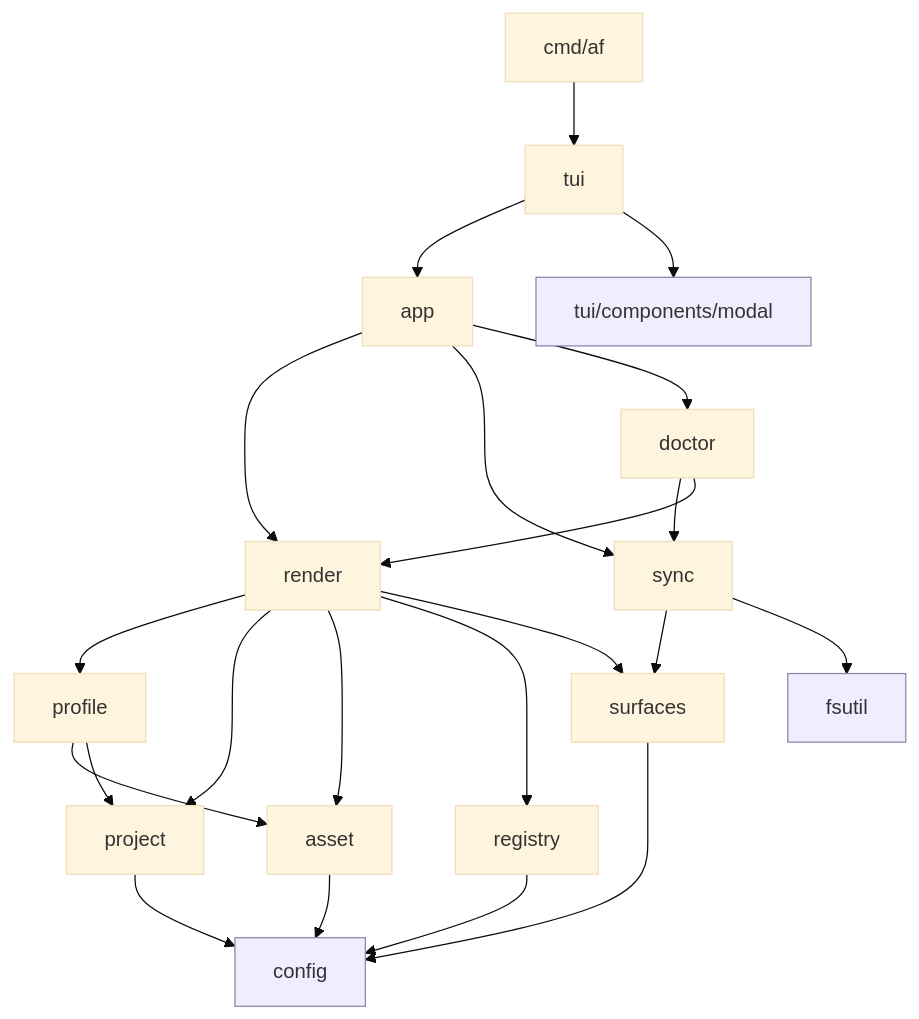
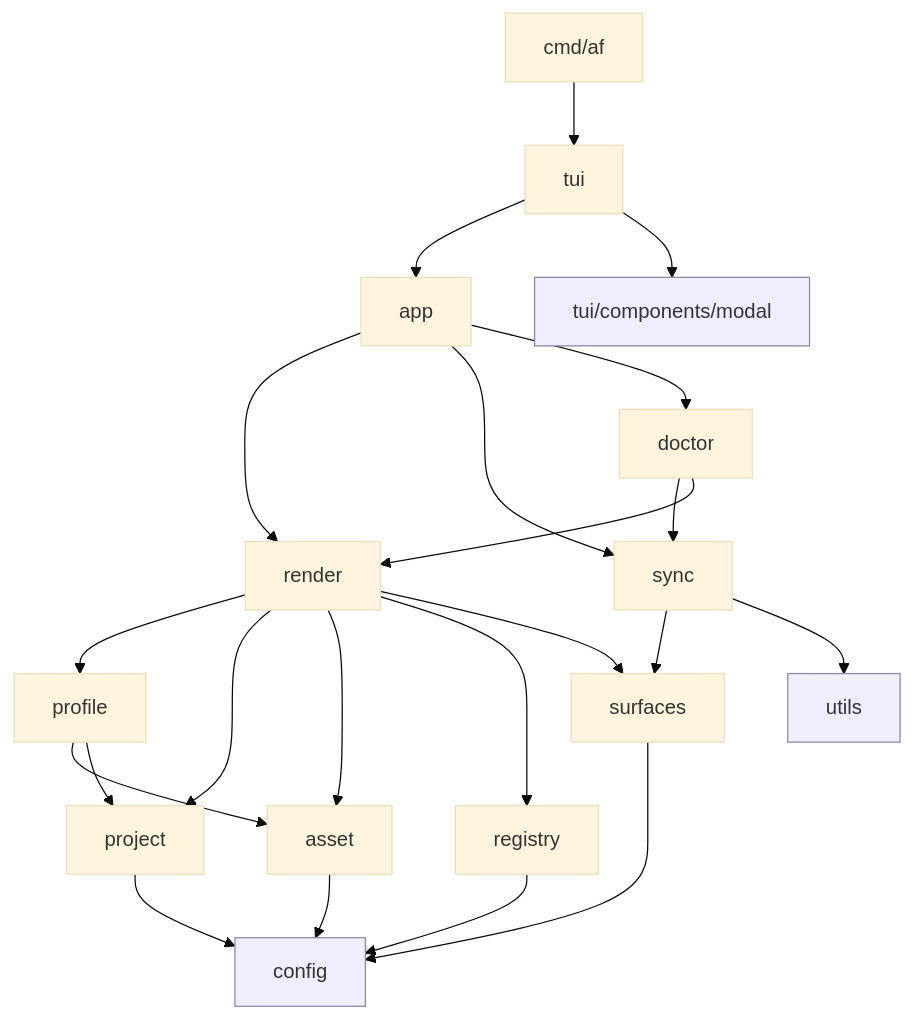
Before and after one commit to Hexworks/agentfiles: the diagram in docs/architecture/05-building-block-view.md, drawn with Mermaid (base theme). The commit also changed other lines of this file and 29 other files, not shown here.

````diff
--- a/docs/architecture/05-building-block-view.md
+++ b/docs/architecture/05-building-block-view.md
@@ -8,27 +8,27 @@
 ```mermaid
 flowchart TD
     cmdaf["cmd/af"] --> tui
     tui --> app
     app --> render
     app --> sync
     app --> doctor
     render --> profile
     render --> project
     render --> asset
     render --> registry
     render --> surfaces
     sync --> surfaces
-    sync --> fsutil
+    sync --> utils
     doctor --> sync
     doctor --> render
     profile --> asset
     profile --> project
     asset --> config
     project --> config
     registry --> config
     surfaces --> config
     tui --> tui_components_modal["tui/components/modal"]
 
     classDef leaf fill:#eef,stroke:#88a;
-    class config,errs,fsutil,tui_components_modal leaf;
+    class config,errs,utils,tui_components_modal leaf;
 ```
````
